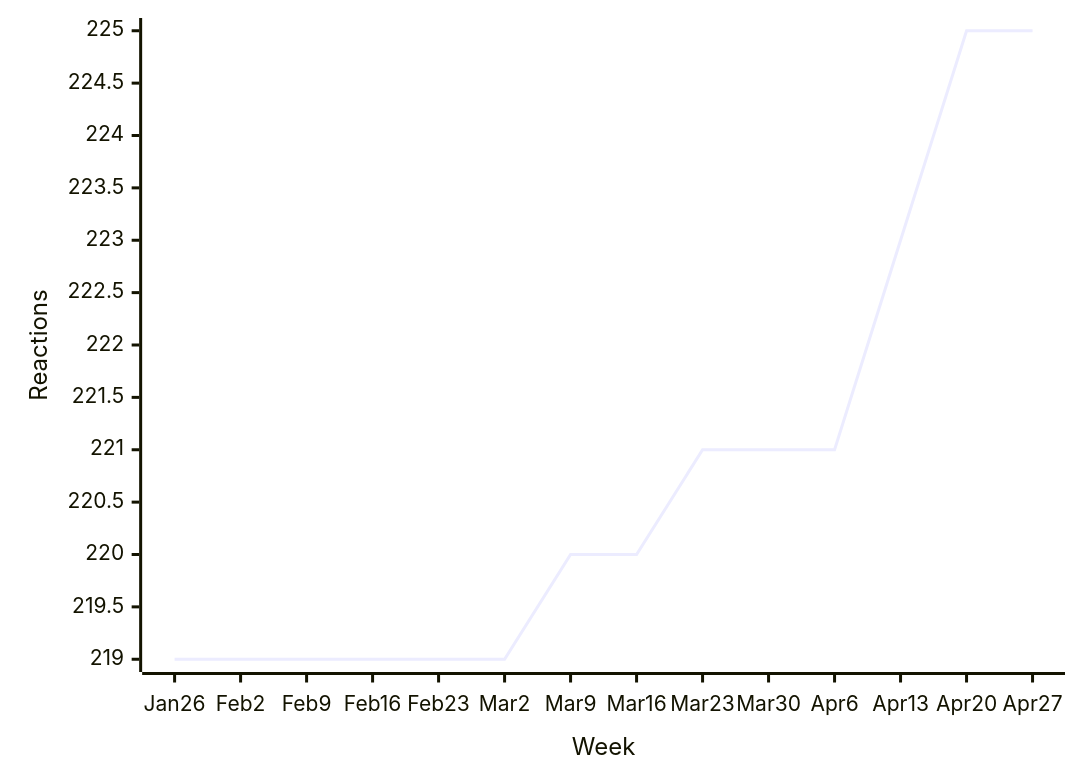
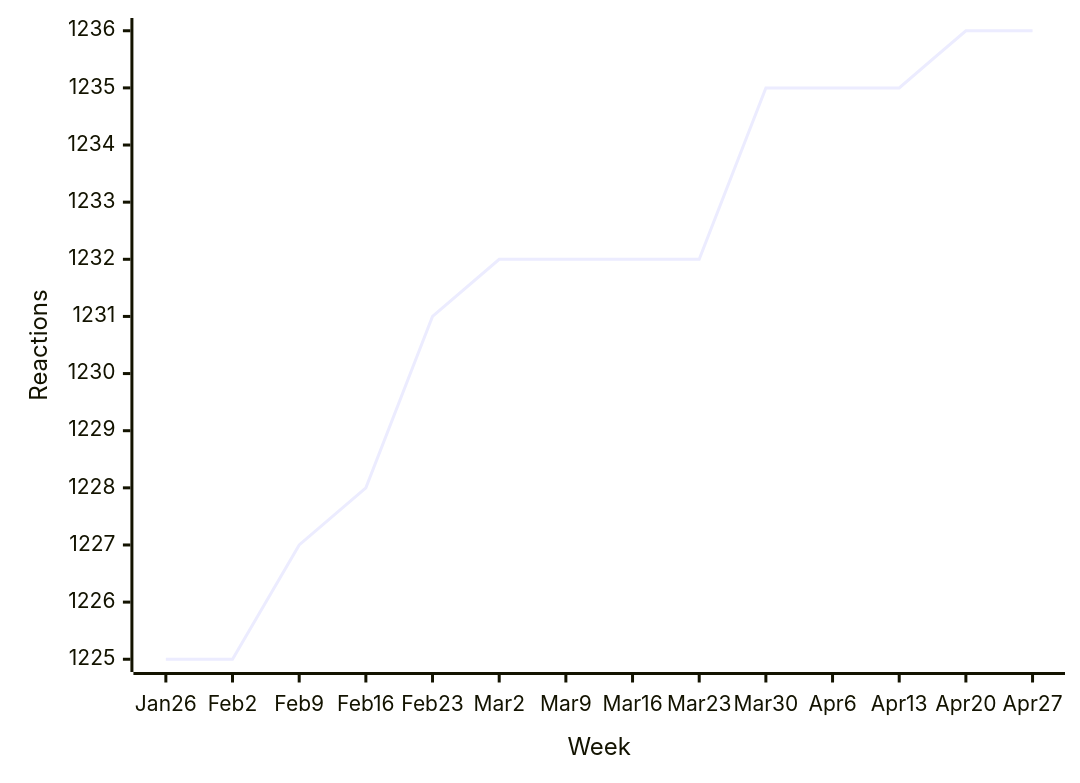
Before and after one commit to loic-sharma/github-insights: the fifth of 15 diagrams in README.md, drawn with Mermaid. The commit also changed other lines of this file and 2 other files, not shown here.

````diff
--- a/README.md
+++ b/README.md
@@ -208,6 +225,6 @@
   ```mermaid
   xychart-beta
     x-axis "Week" [Jan 26, Feb 2, Feb 9, Feb 16, Feb 23, Mar 2, Mar 9, Mar 16, Mar 23, Mar 30, Apr 6, Apr 13, Apr 20, Apr 27]
     y-axis "Reactions"
-    line [219, 219, 219, 219, 219, 219, 220, 220, 221, 221, 221, 223, 225, 225]
+    line [1225, 1225, 1227, 1228, 1231, 1232, 1232, 1232, 1232, 1235, 1235, 1235, 1236, 1236]
   ```
````
